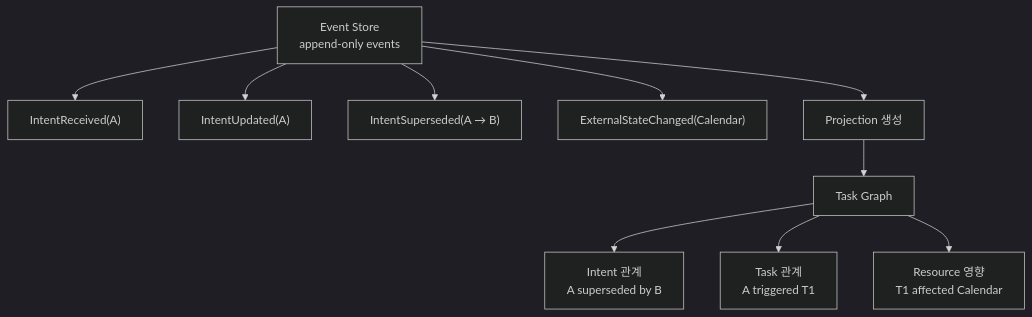
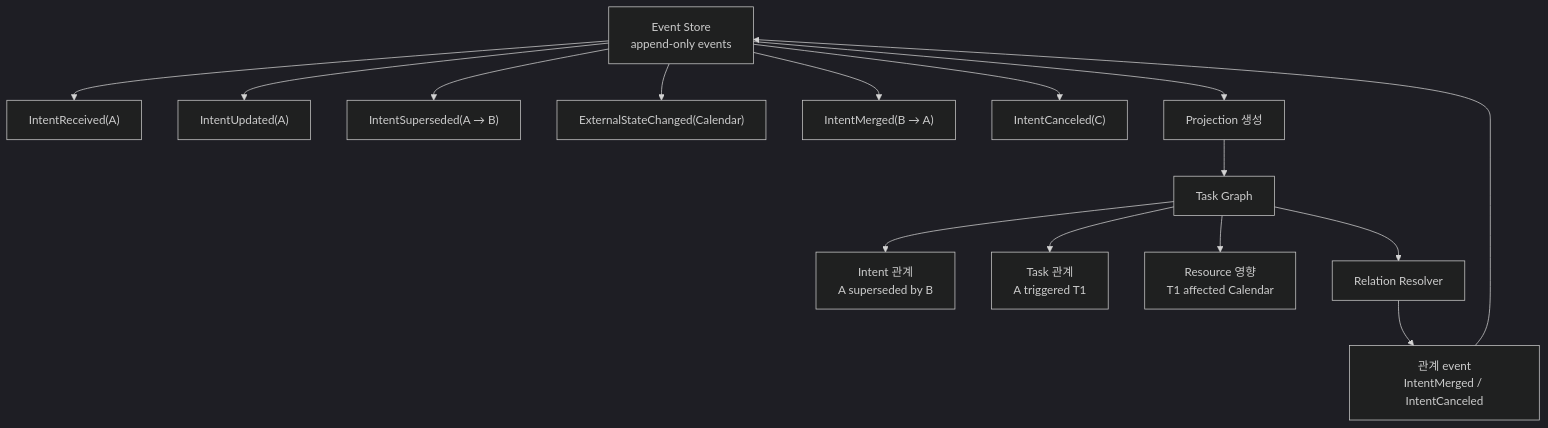
One commit to Sunwoo-Nam/architect-teamproject changed the second of 4 diagrams in docs/DP 후보안/DP11-Intent 실행 흐름의 상태 모델링 및 변경·복구 범위 관리 방식.md. Above: the diagram before and after it, drawn with Mermaid (dark theme). The commit also changed other lines of this file and 1 other file, not shown here.

Commit message:
Refine intent-state decision doc structure

````diff
--- a/docs/DP 후보안/DP11-Intent 실행 흐름의 상태 모델링 및 변경·복구 범위 관리 방식.md
+++ b/docs/DP 후보안/DP11-Intent 실행 흐름의 상태 모델링 및 변경·복구 범위 관리 방식.md
@@ -110,15 +82,20 @@
 ```mermaid
 flowchart TB
     L["Event Store<br/>append-only events"]
     L --> E1["IntentReceived(A)"]
     L --> E2["IntentUpdated(A)"]
     L --> E3["IntentSuperseded(A → B)"]
     L --> E4["ExternalStateChanged(Calendar)"]
+    L --> E5["IntentMerged(B → A)"]
+    L --> E6["IntentCanceled(C)"]
 
     L --> P["Projection 생성"]
     P --> G["Task Graph"]
 
     G --> I["Intent 관계<br/>A superseded by B"]
     G --> T["Task 관계<br/>A triggered T1"]
     G --> R["Resource 영향<br/>T1 affected Calendar"]
+    G --> RR["Relation Resolver"]
+    RR --> RE["관계 event<br/>IntentMerged / IntentCanceled"]
+    RE --> L
 ```
````
